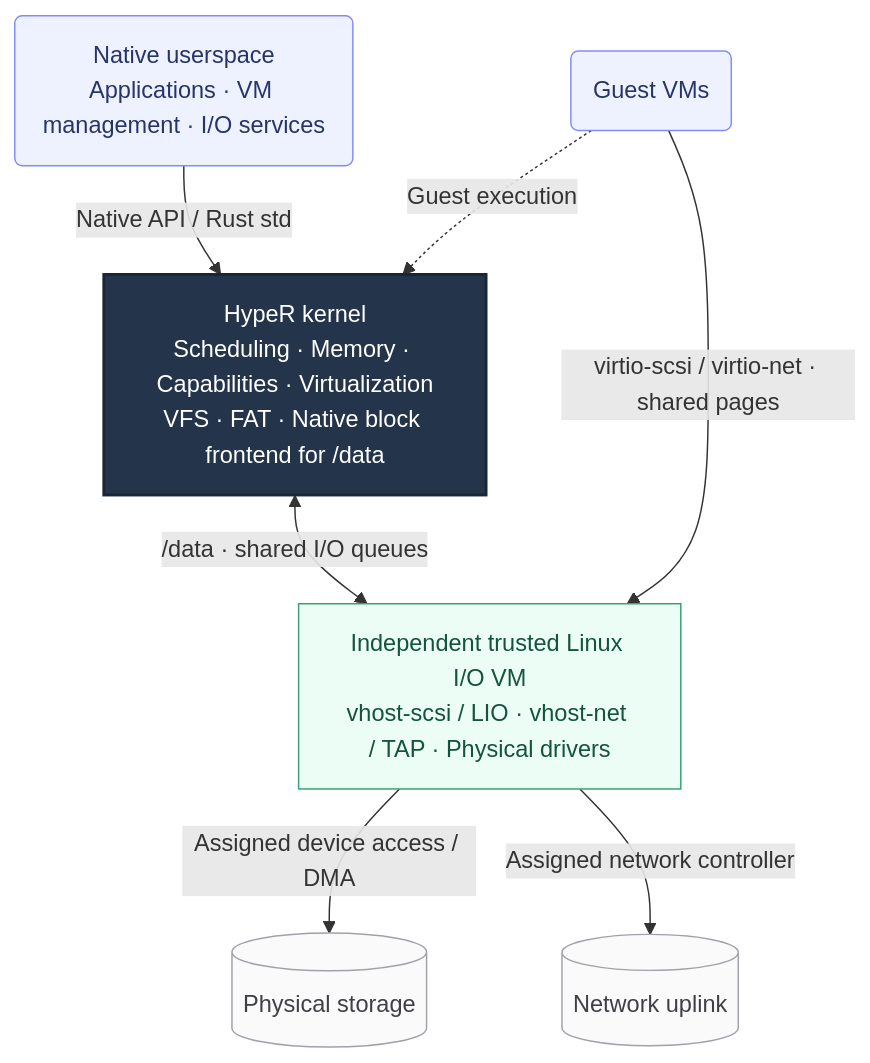
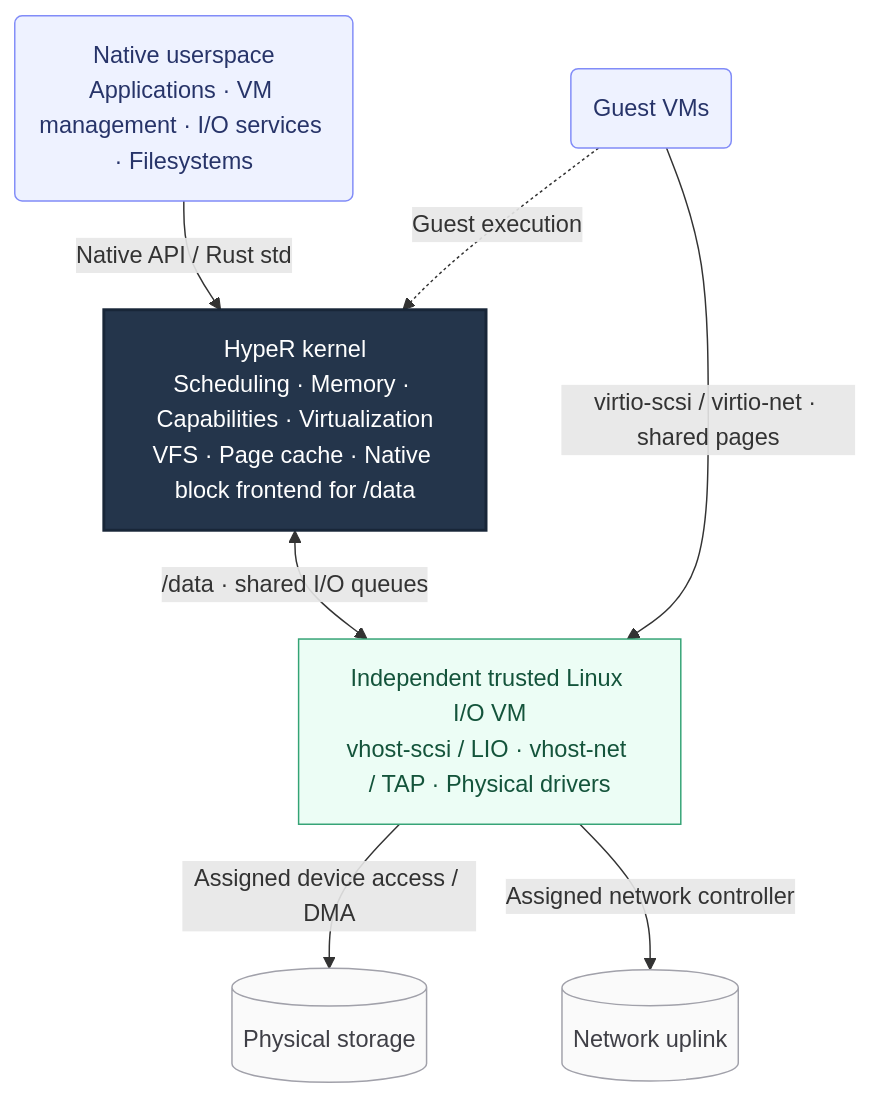
The diagram in README.md (roolrz/HypeR), drawn with Mermaid before and after one commit. The commit also changed 119 other files, not shown here.

First line of the commit message:
feat(fs): move FAT volumes into isolated Native workers

````diff
--- a/README.md
+++ b/README.md
@@ -25,26 +25,26 @@
 ```mermaid
 flowchart TB
-    Apps("Native userspace<br/>Applications · VM management · I/O services")
+    Apps("Native userspace<br/>Applications · VM management · I/O services · Filesystems")
     Guests("Guest VMs")
 
-    Kernel["HypeR kernel<br/>Scheduling · Memory · Capabilities · Virtualization<br/>VFS · FAT · Native block frontend for /data"]
+    Kernel["HypeR kernel<br/>Scheduling · Memory · Capabilities · Virtualization<br/>VFS · Page cache · Native block frontend for /data"]
     IO["Independent trusted Linux I/O VM<br/>vhost-scsi / LIO · vhost-net / TAP · Physical drivers"]
     Disk[("Physical storage")]
     Net[("Network uplink")]
 
     Apps -->|Native API / Rust std| Kernel
     Guests -.->|Guest execution| Kernel
     Guests -->|virtio-scsi / virtio-net · shared pages| IO
     Kernel <-->|/data · shared I/O queues| IO
     IO -->|Assigned device access / DMA| Disk
     IO -->|Assigned network controller| Net
 
     classDef client fill:#eef2ff,stroke:#818cf8,color:#273469
     classDef kernel fill:#24354b,stroke:#182638,color:#ffffff,stroke-width:2px
     classDef backend fill:#ecfdf5,stroke:#34a375,color:#14543b
     classDef device fill:#fafafa,stroke:#a1a1aa,color:#3f3f46
     class Apps,Guests client
     class Kernel kernel
     class IO backend
     class Disk,Net device
 ```
````
